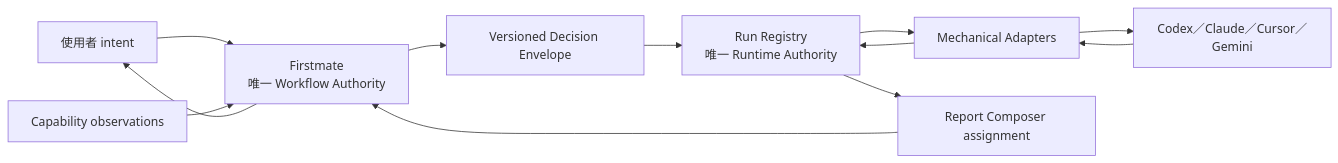
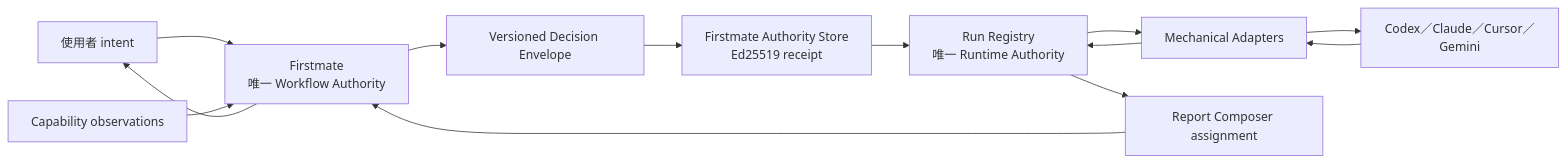
The fourth of 5 diagrams in docs/ARCHITECTURE.md (lunhsiangyuan/aicoding-mate), drawn with Mermaid before and after one commit. The commit also changed other lines of this file and 19 other files, not shown here.

Commit message:
feat: verify Firstmate decision authority

````diff
--- a/docs/ARCHITECTURE.md
+++ b/docs/ARCHITECTURE.md
@@ -241,14 +241,16 @@
 ```mermaid
 flowchart LR
     U["使用者 intent"] --> F["Firstmate<br/>唯一 Workflow Authority"]
     O["Capability observations"] --> F
     F --> D["Versioned Decision Envelope"]
-    D --> R["Run Registry<br/>唯一 Runtime Authority"]
+    D --> S["Firstmate Authority Store<br/>Ed25519 receipt"]
+    S --> R
+    R["Run Registry<br/>唯一 Runtime Authority"]
     R --> X["Mechanical Adapters"]
     X --> P["Codex／Claude／Cursor／Gemini"]
     P --> X
     X --> R
     R --> C["Report Composer assignment"]
     C --> F
     F --> U
 ```
````
